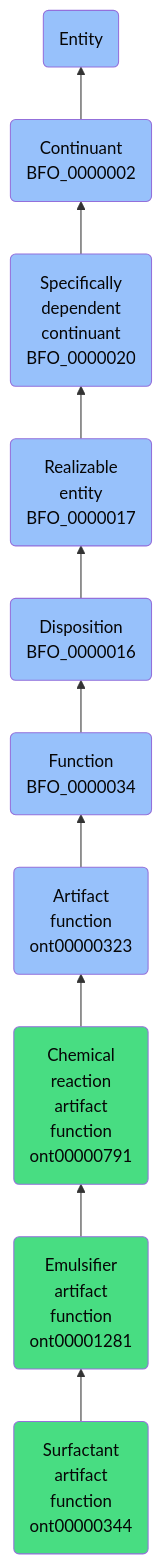
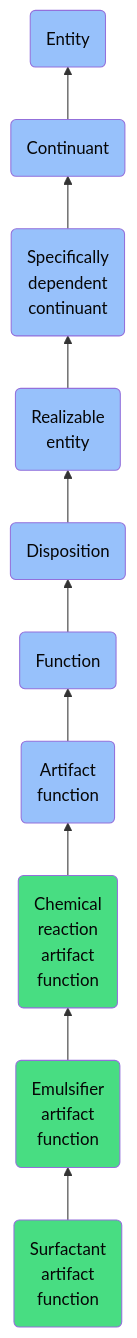
One commit to jupyter-naas/abi changed the diagram in docs/ontology/reference/model/Entity/Continuant/Specifically dependent continuant/Realizable entity/Disposition/Function/Artifact function/Chemical reaction artifact function/Emulsifier artifact function/Surfactant artifact function/Surfactant artifact function.md. Above: the diagram before and after it, drawn with Mermaid. The commit also changed other lines of this file and 1430 other files, not shown here.

````diff
--- a/docs/ontology/reference/model/Entity/Continuant/Specifically dependent continuant/Realizable entity/Disposition/Function/Artifact function/Chemical reaction artifact function/Emulsifier artifact function/Surfactant artifact function/Surfactant artifact function.md
+++ b/docs/ontology/reference/model/Entity/Continuant/Specifically dependent continuant/Realizable entity/Disposition/Function/Artifact function/Chemical reaction artifact function/Emulsifier artifact function/Surfactant artifact function/Surfactant artifact function.md
@@ -24,17 +24,17 @@
 ```mermaid
 graph BT
-    ont00000344(Surfactant<br>artifact<br>function<br>ont00000344):::ABI-->ont00001281
-    ont00001281(Emulsifier<br>artifact<br>function<br>ont00001281):::ABI-->ont00000791
-    ont00000791(Chemical<br>reaction<br>artifact<br>function<br>ont00000791):::ABI-->ont00000323
-    ont00000323(Artifact<br>function<br>ont00000323):::BFO-->BFO_0000034
-    BFO_0000034(Function<br>BFO_0000034):::BFO-->BFO_0000016
-    BFO_0000016(Disposition<br>BFO_0000016):::BFO-->BFO_0000017
-    BFO_0000017(Realizable<br>entity<br>BFO_0000017):::BFO-->BFO_0000020
-    BFO_0000020(Specifically<br>dependent<br>continuant<br>BFO_0000020):::BFO-->BFO_0000002
-    BFO_0000002(Continuant<br>BFO_0000002):::BFO-->BFO_0000001
+    ont00000344(Surfactant<br>artifact<br>function):::ABI-->ont00001281
+    ont00001281(Emulsifier<br>artifact<br>function):::ABI-->ont00000791
+    ont00000791(Chemical<br>reaction<br>artifact<br>function):::ABI-->ont00000323
+    ont00000323(Artifact<br>function):::BFO-->BFO_0000034
+    BFO_0000034(Function):::BFO-->BFO_0000016
+    BFO_0000016(Disposition):::BFO-->BFO_0000017
+    BFO_0000017(Realizable<br>entity):::BFO-->BFO_0000020
+    BFO_0000020(Specifically<br>dependent<br>continuant):::BFO-->BFO_0000002
+    BFO_0000002(Continuant):::BFO-->BFO_0000001
     BFO_0000001(Entity):::BFO
     
     classDef BFO fill:#97c1fb,color:#060606
     classDef CCO fill:#e4c51e,color:#060606
     classDef ABI fill:#48DD82,color:#060606
 ```
````
